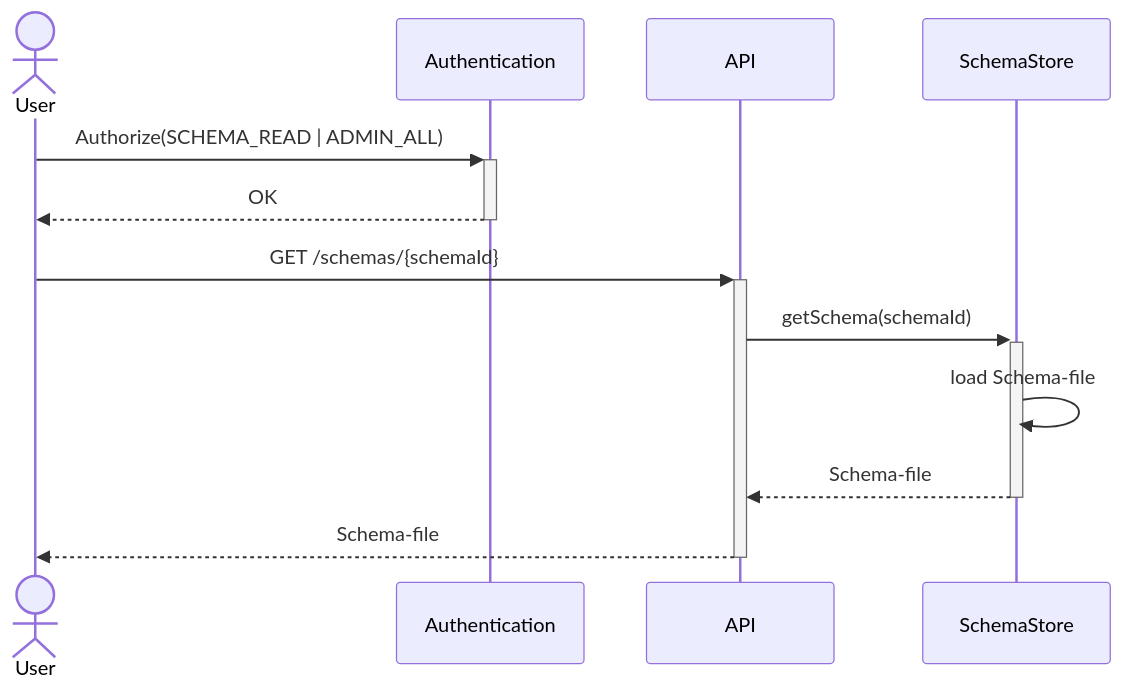
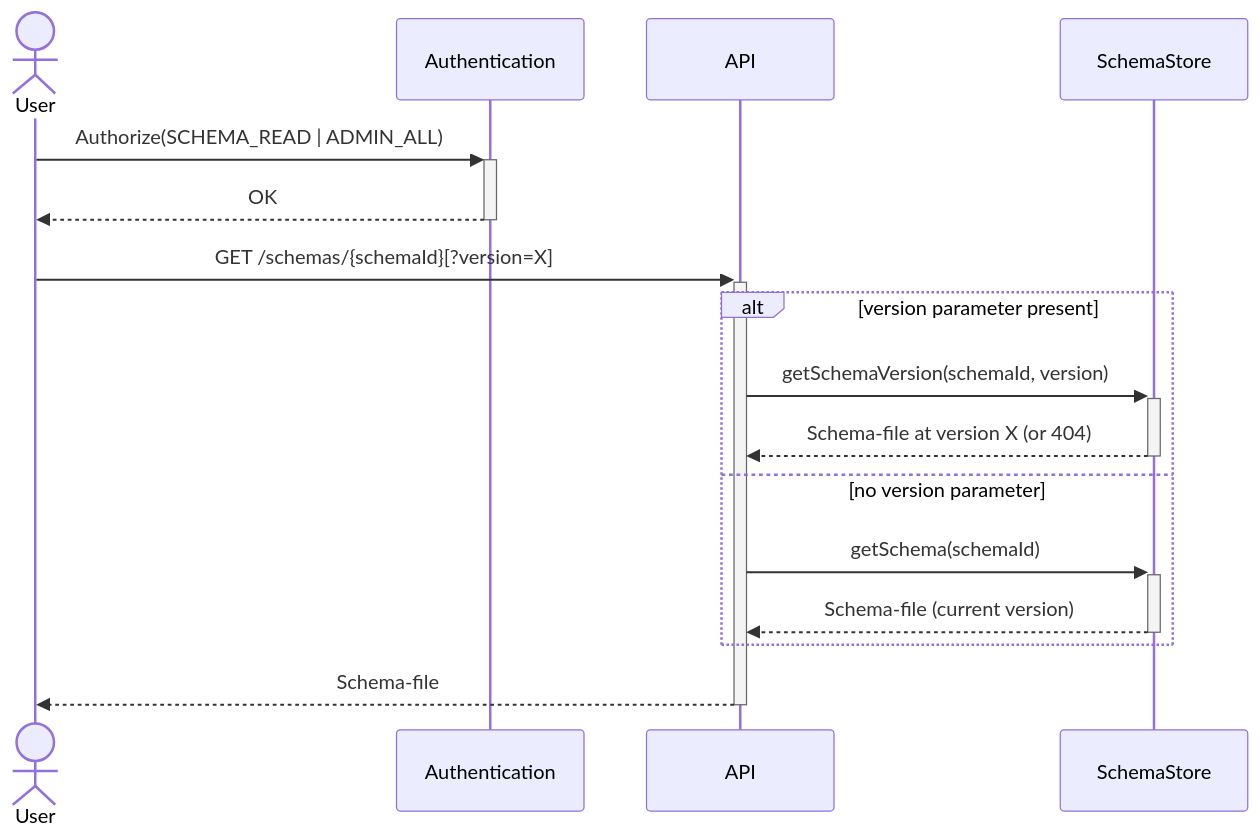
Before and after one commit to federated-catalogue-enhancements-2026/docs: diagram 22 of 36 in federated-catalogue/src/docs/architecture/chapters/06_runtime_view.adoc, drawn with Mermaid. The commit also changed other lines of this file and 1 other file, not shown here.

Commit message:
feat(CAT-FR-SF-02): update docs with schema versioning

```diff
--- a/federated-catalogue/src/docs/architecture/chapters/06_runtime_view.adoc
+++ b/federated-catalogue/src/docs/architecture/chapters/06_runtime_view.adoc
@@ -739,15 +741,19 @@
 [mermaid, width=2000]
 ....
 sequenceDiagram
     actor User
     participant Auth as Authentication
     participant API
     participant SchemaStore as SchemaStore
     User ->> + Auth:Authorize(SCHEMA_READ | ADMIN_ALL)
     Auth -->> - User:OK
-    User ->> + API:GET /schemas/{schemaId}
-    API ->> + SchemaStore:getSchema(schemaId)
-    SchemaStore ->> SchemaStore:load Schema-file
-    SchemaStore -->> - API:Schema-file
+    User ->> + API:GET /schemas/{schemaId}[?version=X]
+    alt version parameter present
+        API ->> + SchemaStore:getSchemaVersion(schemaId, version)
+        SchemaStore -->> - API:Schema-file at version X (or 404)
+    else no version parameter
+        API ->> + SchemaStore:getSchema(schemaId)
+        SchemaStore -->> - API:Schema-file (current version)
+    end
     API -->> - User:Schema-file
 ....
```
